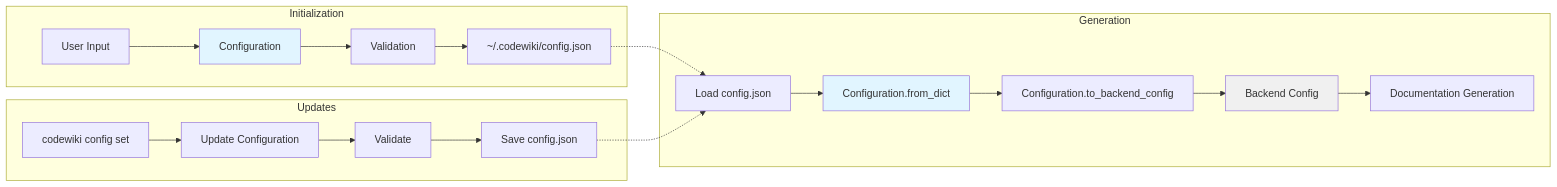
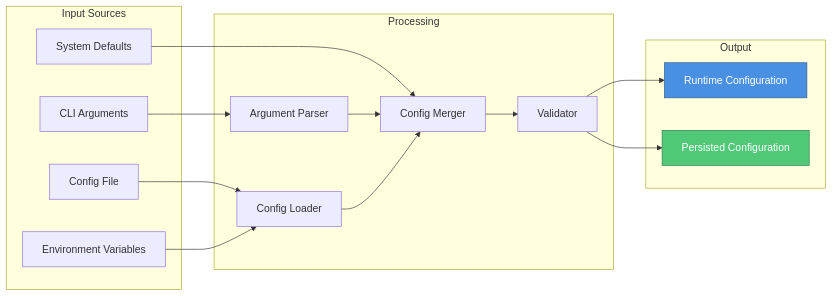
The ninth of 17 diagrams in docs/cli_interface.md (lsu123/ai-agent), drawn with Mermaid before and after one commit. The commit also changed other lines of this file and 10 other files, not shown here.

````diff
--- a/docs/cli_interface.md
+++ b/docs/cli_interface.md
@@ -314,28 +348,36 @@
 ```mermaid
 flowchart LR
-    subgraph "Initialization"
-        A[User Input] --> B[Configuration]
-        B --> C[Validation]
-        C --> D[~/.codewiki/config.json]
+    subgraph Input Sources
+        CLI_Args[CLI Arguments]
+        Config_File[Config File]
+        Env_Vars[Environment Variables]
+        Defaults[System Defaults]
     end
     
-    subgraph "Generation"
-        E[Load config.json] --> F[Configuration.from_dict]
-        F --> G[Configuration.to_backend_config]
-        G --> H[Backend Config]
-        H --> I[Documentation Generation]
+    subgraph Processing
+        Parser[Argument Parser]
+        Loader[Config Loader]
+        Merger[Config Merger]
+        Validator[Validator]
     end
     
-    subgraph "Updates"
-        J[codewiki config set] --> K[Update Configuration]
-        K --> L[Validate]
-        L --> M[Save config.json]
+    subgraph Output
+        Runtime_Config[Runtime Configuration]
+        Persisted_Config[Persisted Configuration]
     end
     
-    D -.-> E
-    M -.-> E
+    CLI_Args --> Parser
+    Config_File --> Loader
+    Env_Vars --> Loader
+    Defaults --> Merger
     
-    style B fill:#e1f5ff
-    style F fill:#e1f5ff
-    style H fill:#f0f0f0
+    Parser --> Merger
+    Loader --> Merger
+    Merger --> Validator
+    
+    Validator --> Runtime_Config
+    Validator --> Persisted_Config
+    
+    style Runtime_Config fill:#4A90E2,stroke:#2E5C8A,color:#fff
+    style Persisted_Config fill:#50C878,stroke:#2E7D4E,color:#fff
 ```
````
